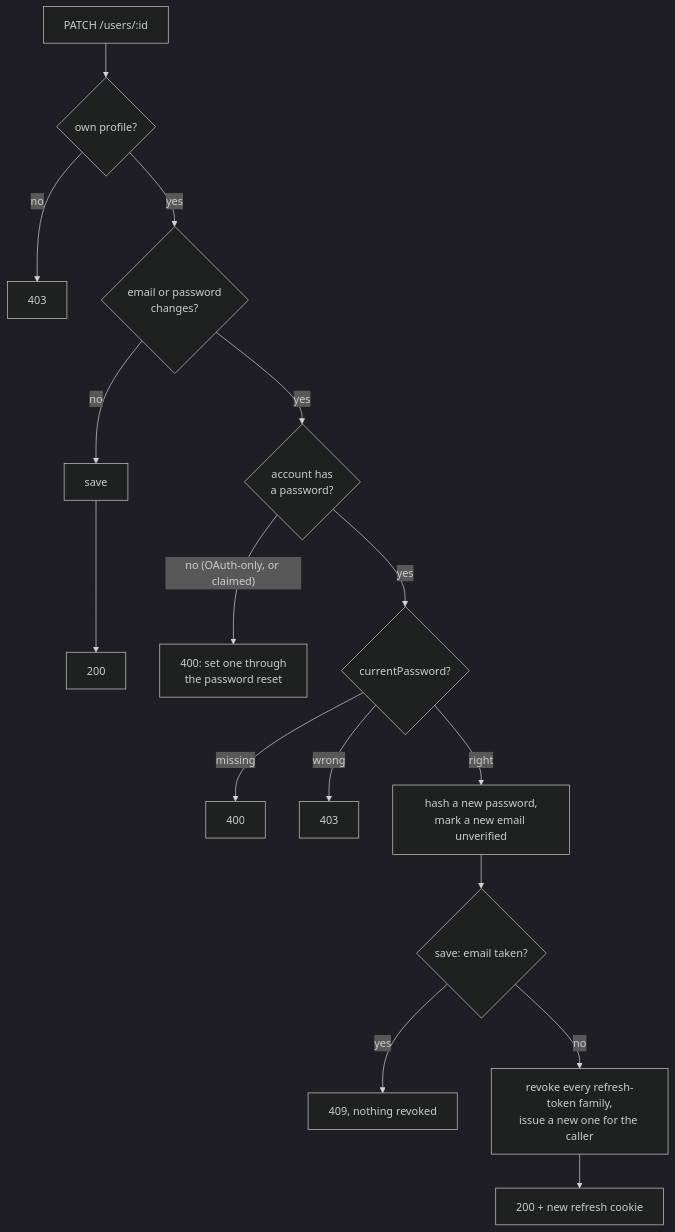
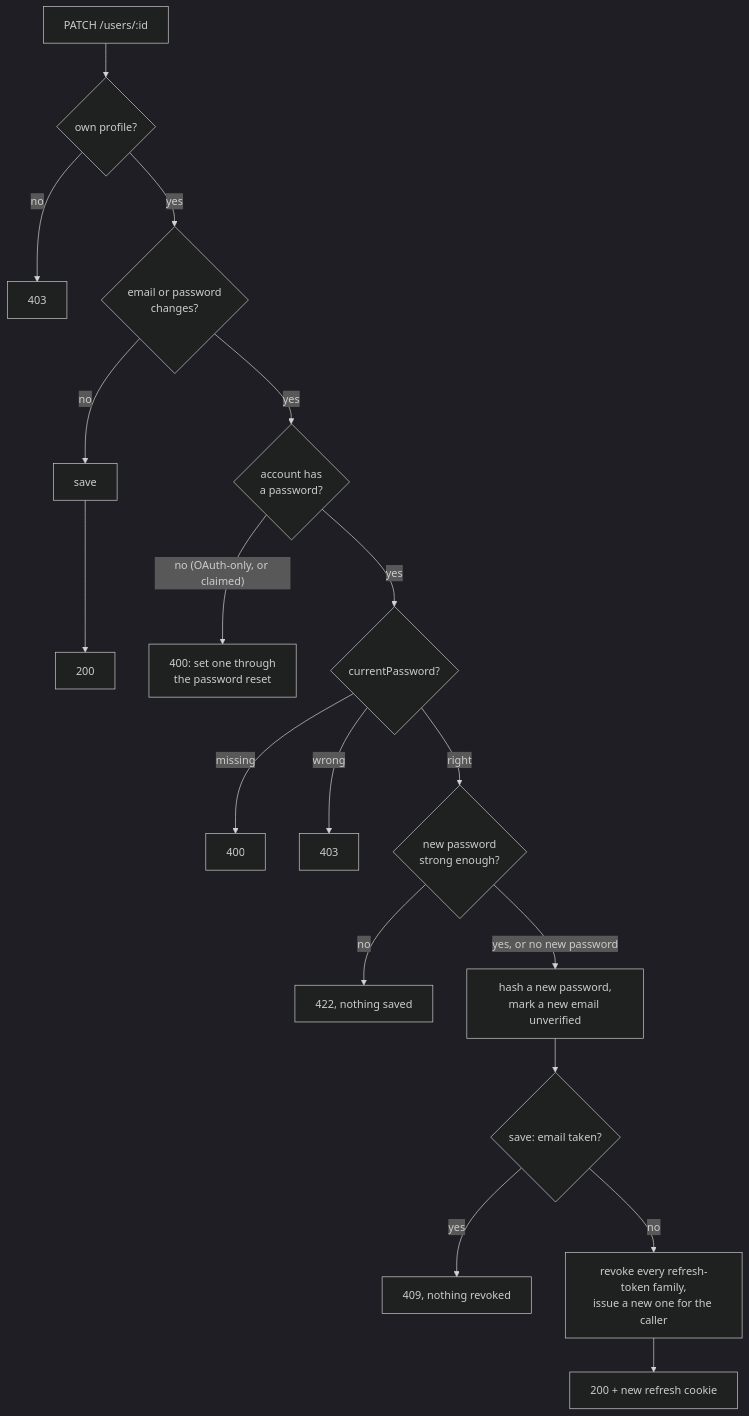
Before and after one commit to kidp8479/42_hypertube: diagram 12 of 16 in docs/diagrams/auth.md, drawn with Mermaid (dark theme). The commit also changed other lines of this file and 4 other files, not shown here.

````diff
--- a/docs/diagrams/auth.md
+++ b/docs/diagrams/auth.md
@@ -332,17 +333,19 @@
 ```mermaid
 flowchart TD
     A["PATCH /users/:id"] --> O{"own profile?"}
     O -- no --> X403["403"]
     O -- yes --> C{"email or password<br/>changes?"}
     C -- no --> S["save"] --> R200["200"]
     C -- yes --> P{"account has<br/>a password?"}
     P -- "no (OAuth-only, or claimed)" --> X400a["400: set one through<br/>the password reset"]
     P -- yes --> Q{"currentPassword?"}
     Q -- missing --> X400["400"]
     Q -- wrong --> X403b["403"]
-    Q -- right --> H["hash a new password,<br/>mark a new email unverified"]
+    Q -- right --> K{"new password<br/>strong enough?"}
+    K -- no --> X422["422, nothing saved"]
+    K -- "yes, or no new password" --> H["hash a new password,<br/>mark a new email unverified"]
     H --> S2{"save: email taken?"}
     S2 -- yes --> X409["409, nothing revoked"]
     S2 -- no --> V["revoke every refresh-token family,<br/>issue a new one for the caller"]
     V --> R200b["200 + new refresh cookie"]
 ```
````
